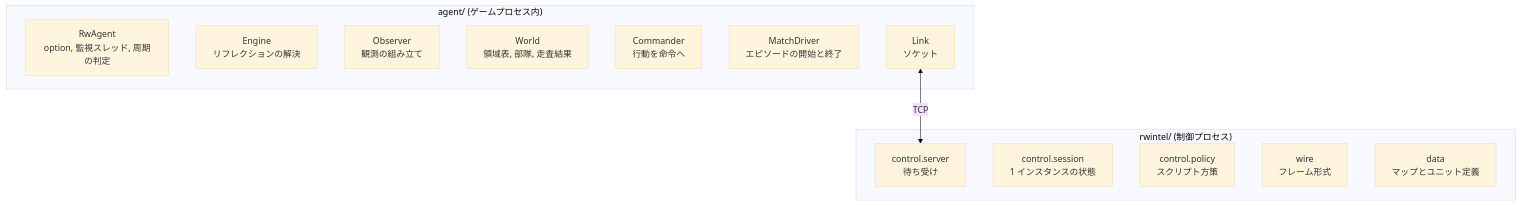
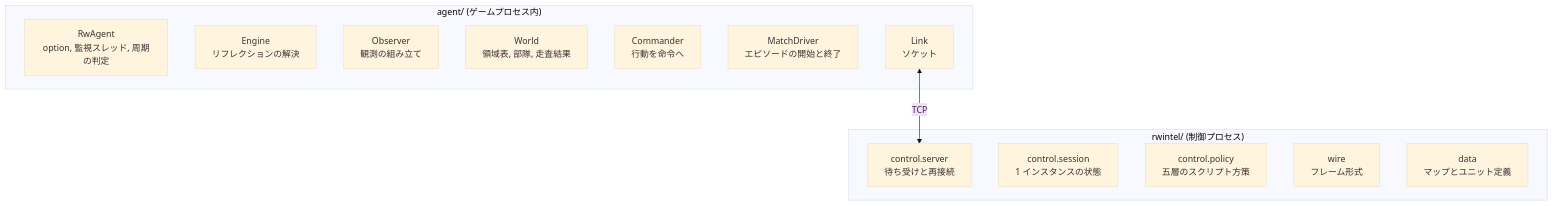
Before and after one commit to h4ribote/RW-Intel: the fourth of 4 diagrams in docs/project/05-interface.md, drawn with Mermaid (base theme). The commit also changed other lines of this file and 29 other files, not shown here.

````diff
--- a/docs/project/05-interface.md
+++ b/docs/project/05-interface.md
@@ -345,20 +403,20 @@
 ```mermaid
 flowchart TD
     subgraph a["agent/ (ゲームプロセス内)"]
         rw["RwAgent<br/>option, 監視スレッド, 周期の判定"]
         en["Engine<br/>リフレクションの解決"]
         ob["Observer<br/>観測の組み立て"]
         wo["World<br/>領域表, 部隊, 走査結果"]
         cm["Commander<br/>行動を命令へ"]
         md["MatchDriver<br/>エピソードの開始と終了"]
         li["Link<br/>ソケット"]
     end
     subgraph c["rwintel/ (制御プロセス)"]
-        sv["control.server<br/>待ち受け"]
+        sv["control.server<br/>待ち受けと再接続"]
         se["control.session<br/>1 インスタンスの状態"]
-        po["control.policy<br/>スクリプト方策"]
+        po["control.policy<br/>五層のスクリプト方策"]
         wi["wire<br/>フレーム形式"]
         da["data<br/>マップとユニット定義"]
     end
     li <-->|"TCP"| sv
 ```
````
